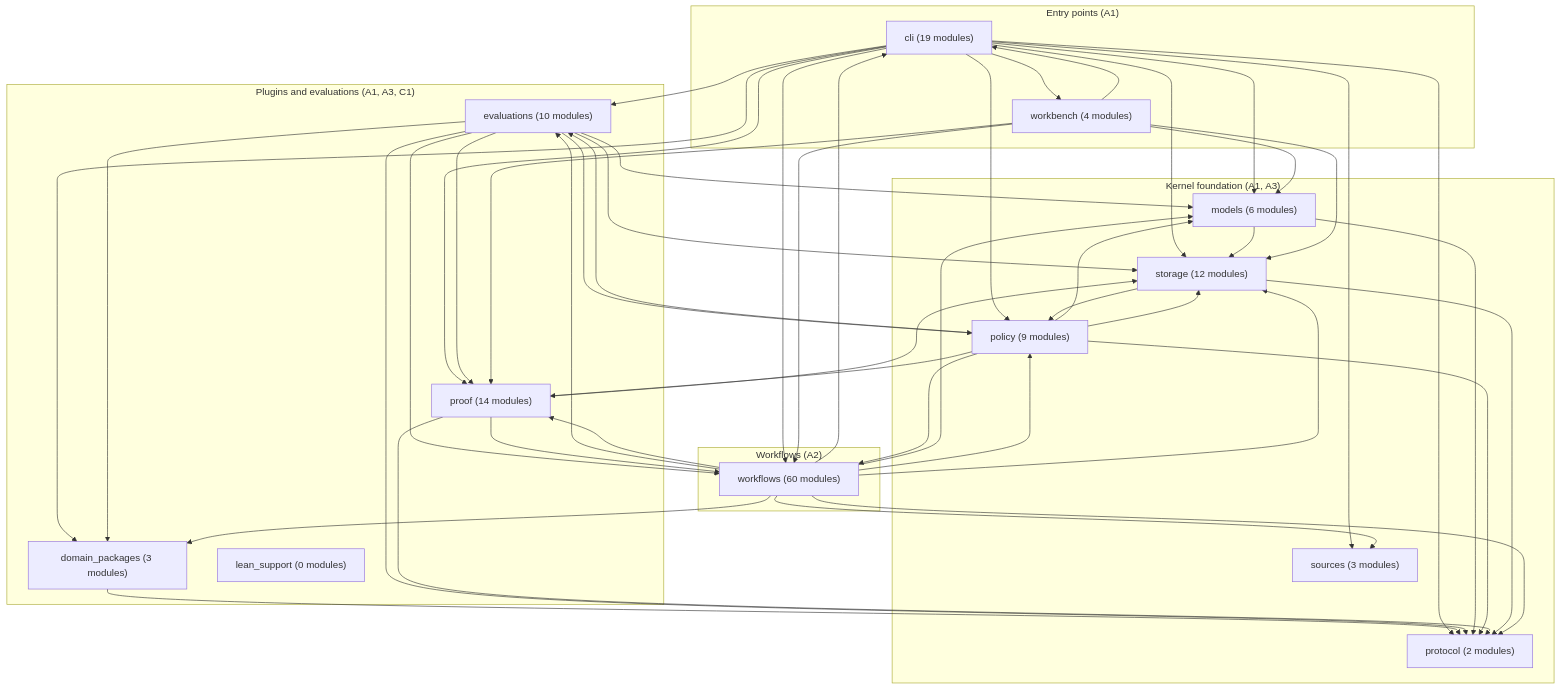
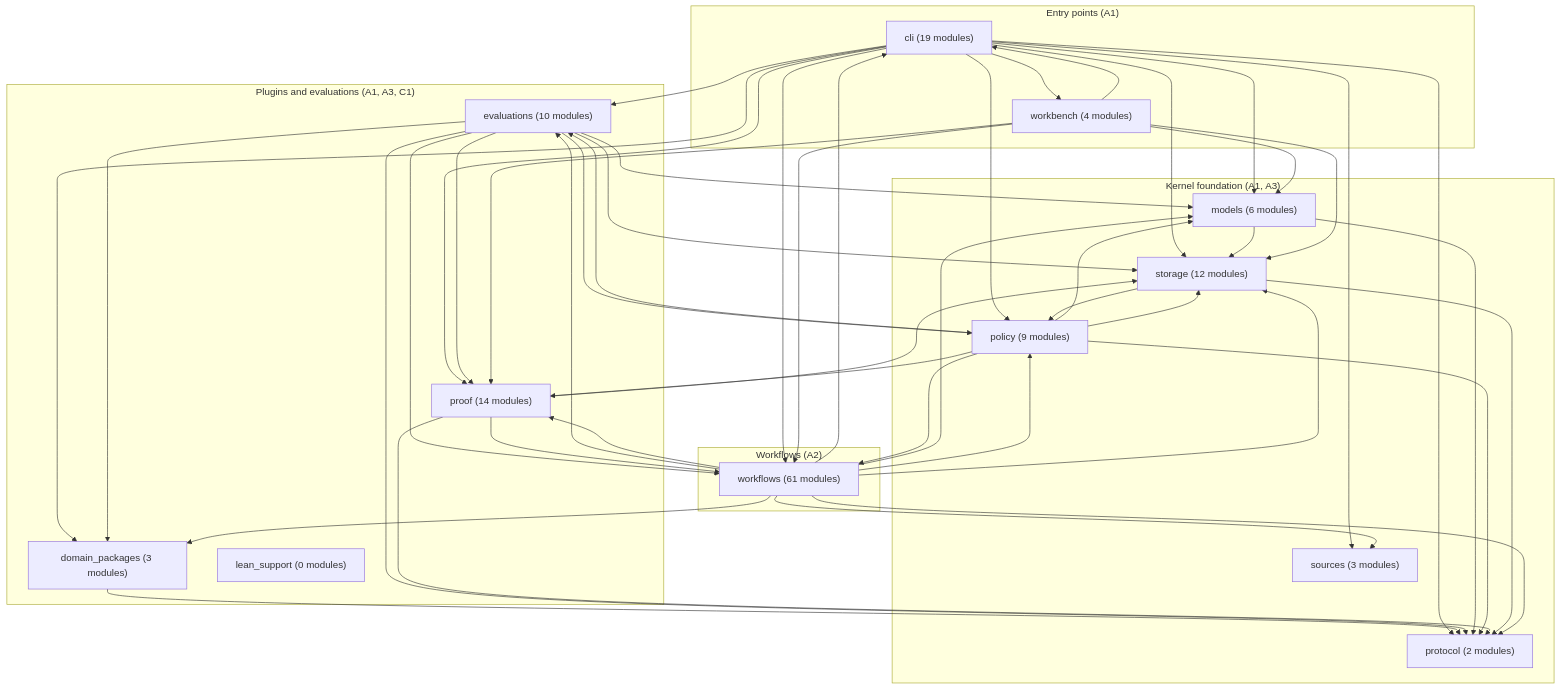
One commit to SAFuDarren/Trellin changed the diagram in docs/architecture-map.md. Above: the diagram before and after it, drawn with Mermaid. The commit also changed other lines of this file and 10 other files, not shown here.

````diff
--- a/docs/architecture-map.md
+++ b/docs/architecture-map.md
@@ -14,68 +14,68 @@
 ```mermaid
 flowchart TD
     subgraph layer_entry["Entry points (A1)"]
         cli["cli (19 modules)"]
         workbench["workbench (4 modules)"]
     end
     subgraph layer_workflows["Workflows (A2)"]
-        workflows["workflows (60 modules)"]
+        workflows["workflows (61 modules)"]
     end
     subgraph layer_kernel["Kernel foundation (A1, A3)"]
         models["models (6 modules)"]
         policy["policy (9 modules)"]
         protocol["protocol (2 modules)"]
         sources["sources (3 modules)"]
         storage["storage (12 modules)"]
     end
     subgraph layer_plugin["Plugins and evaluations (A1, A3, C1)"]
         domain_packages["domain_packages (3 modules)"]
         evaluations["evaluations (10 modules)"]
         lean_support["lean_support (0 modules)"]
         proof["proof (14 modules)"]
     end
     cli --> domain_packages
     cli --> evaluations
     cli --> models
     cli --> policy
     cli --> proof
     cli --> protocol
     cli --> sources
     cli --> storage
     cli --> workbench
     cli --> workflows
     domain_packages --> protocol
     evaluations --> domain_packages
     evaluations --> models
     evaluations --> policy
     evaluations --> proof
     evaluations --> protocol
     evaluations --> storage
     evaluations --> workflows
     models --> protocol
     models --> storage
     policy --> evaluations
     policy --> models
     policy --> proof
     policy --> protocol
     policy --> storage
     policy --> workflows
     proof --> protocol
     proof --> storage
     proof --> workflows
     storage --> policy
     storage --> protocol
     workbench --> cli
     workbench --> models
     workbench --> proof
     workbench --> storage
     workbench --> workflows
     workflows --> cli
     workflows --> domain_packages
     workflows --> evaluations
     workflows --> models
     workflows --> policy
     workflows --> proof
     workflows --> protocol
     workflows --> sources
     workflows --> storage
 ```
````
